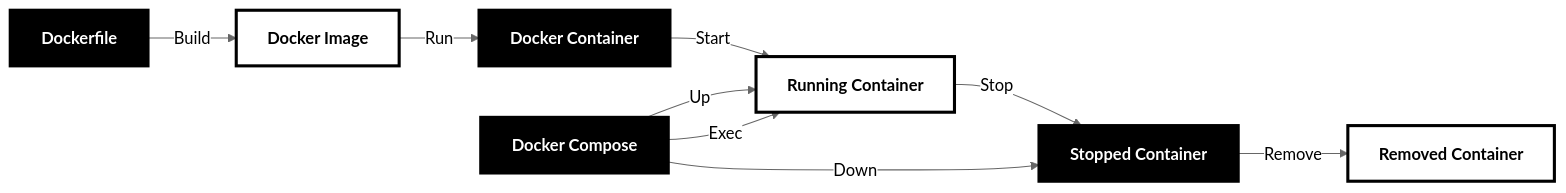
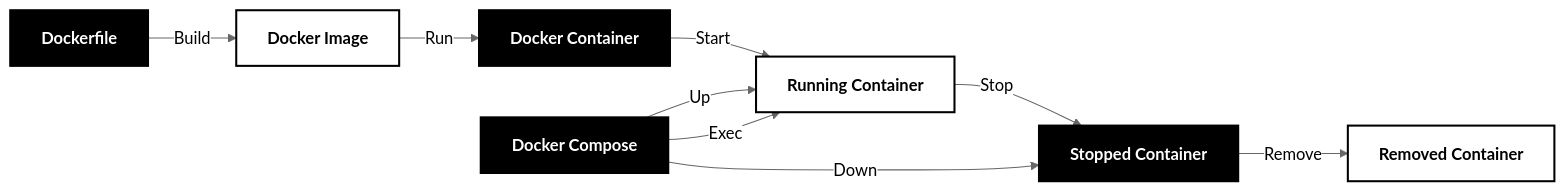
Before and after one commit to SoundMindsAI/ai_examples: the third of 5 diagrams in An_LLM_Query_Understanding_Service/README.md, drawn with Mermaid (neutral theme). The commit also changed other lines of this file, not shown here.

Commit message:
Simplify Mermaid diagrams and reduce stroke width in README.md

````diff
--- a/An_LLM_Query_Understanding_Service/README.md
+++ b/An_LLM_Query_Understanding_Service/README.md
@@ -162,20 +151,20 @@
 ```mermaid
 graph LR
     Dockerfile[Dockerfile] -->|Build| DockerImage[Docker Image]
     DockerImage -->|Run| DockerContainer[Docker Container]
     DockerContainer -->|Start| RunningContainer[Running Container]
     RunningContainer -->|Stop| StoppedContainer[Stopped Container]
     StoppedContainer -->|Remove| RemovedContainer[Removed Container]
     
     DockerCompose[Docker Compose] -->|Up| RunningContainer
     DockerCompose -->|Down| StoppedContainer
     DockerCompose -->|Exec| RunningContainer
     
-    style Dockerfile fill:black,stroke:black,stroke-width:3px,color:white,font-weight:bold
-    style DockerImage fill:white,stroke:black,stroke-width:3px,color:black,font-weight:bold
-    style DockerContainer fill:black,stroke:black,stroke-width:3px,color:white,font-weight:bold
-    style RunningContainer fill:white,stroke:black,stroke-width:3px,color:black,font-weight:bold
-    style StoppedContainer fill:black,stroke:black,stroke-width:3px,color:white,font-weight:bold
-    style RemovedContainer fill:white,stroke:black,stroke-width:3px,color:black,font-weight:bold
-    style DockerCompose fill:black,stroke:black,stroke-width:3px,color:white,font-weight:bold
+    style Dockerfile fill:black,stroke:black,stroke-width:2px,color:white,font-weight:bold
+    style DockerImage fill:white,stroke:black,stroke-width:2px,color:black,font-weight:bold
+    style DockerContainer fill:black,stroke:black,stroke-width:2px,color:white,font-weight:bold
+    style RunningContainer fill:white,stroke:black,stroke-width:2px,color:black,font-weight:bold
+    style StoppedContainer fill:black,stroke:black,stroke-width:2px,color:white,font-weight:bold
+    style RemovedContainer fill:white,stroke:black,stroke-width:2px,color:black,font-weight:bold
+    style DockerCompose fill:black,stroke:black,stroke-width:2px,color:white,font-weight:bold
 ```
````
